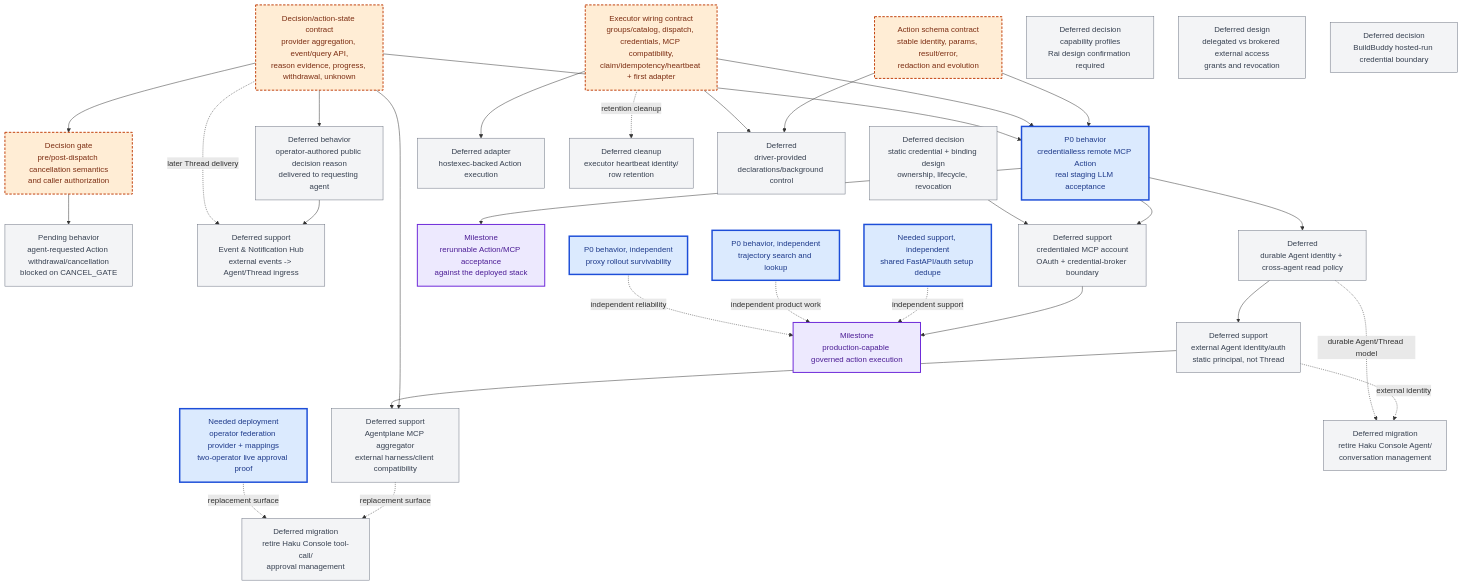
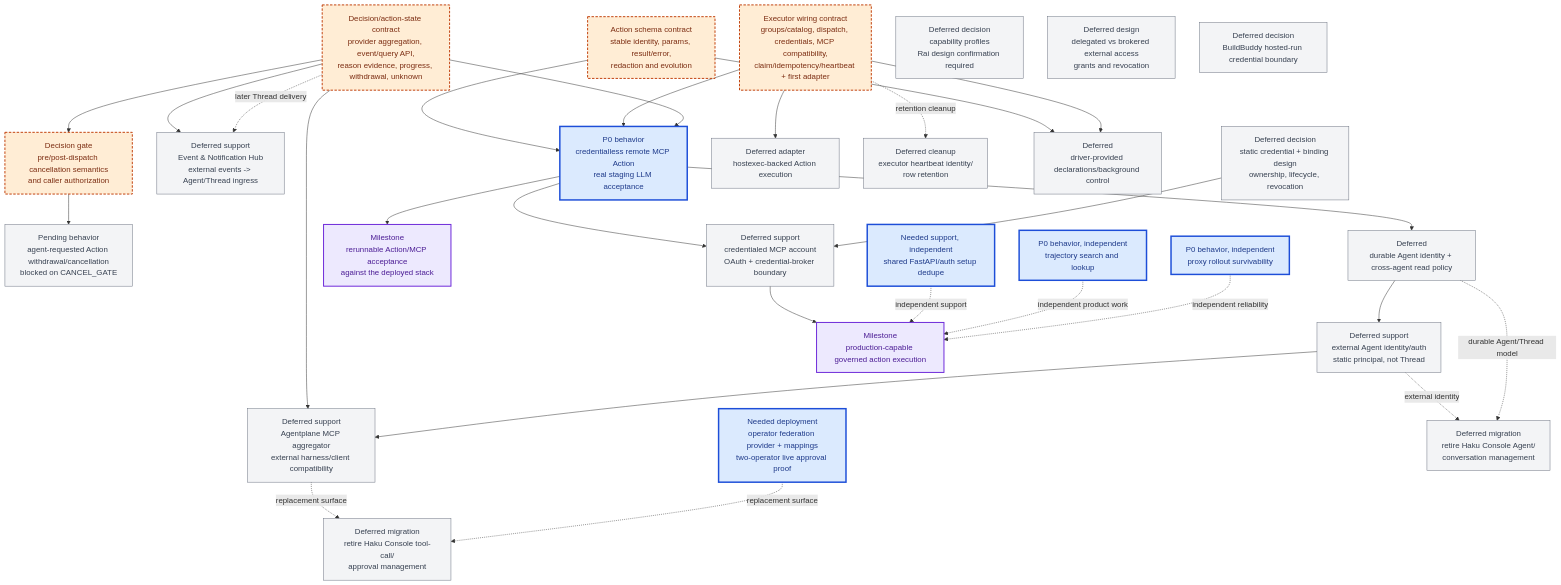
The diagram in x/agentplane/plans/task_dag.md (agentydragon-agent/ducktape), drawn with Mermaid before and after one commit. The commit also changed other lines of this file and 19 other files, not shown here.

Commit message:
agentplane: share human decision_note with caller and operator

````diff
--- a/x/agentplane/plans/task_dag.md
+++ b/x/agentplane/plans/task_dag.md
@@ -76,66 +76,64 @@
 ```mermaid
 flowchart TB
     classDef active fill:#dbeafe,stroke:#1d4ed8,color:#1e3a8a,stroke-width:3px
     classDef decision fill:#ffedd5,stroke:#c2410c,color:#7c2d12,stroke-width:2px,stroke-dasharray:5 3
     classDef future fill:#f3f4f6,stroke:#6b7280,color:#374151
     classDef milestone fill:#ede9fe,stroke:#6d28d9,color:#4c1d95,stroke-width:2px
 
     AS["Action schema contract<br/>stable identity, params, result/error,<br/>redaction and evolution"]:::decision
     EW["Executor wiring contract<br/>groups/catalog, dispatch, credentials, MCP compatibility,<br/>claim/idempotency/heartbeat + first adapter"]:::decision
     DEL["Decision/action-state contract<br/>provider aggregation, event/query API,<br/>reason evidence, progress, withdrawal, unknown"]:::decision
     CANCEL_GATE["Decision gate<br/>pre/post-dispatch cancellation semantics<br/>and caller authorization"]:::decision
     CANCEL["Pending behavior<br/>agent-requested Action withdrawal/cancellation<br/>blocked on CANCEL_GATE"]:::future
-    PUBLIC_REASON["Deferred behavior<br/>operator-authored public decision reason<br/>delivered to requesting agent"]:::future
     CANCEL_GATE --> CANCEL
     DEL --> CANCEL_GATE
-    DEL --> PUBLIC_REASON
-    PUBLIC_REASON --> ING
+    DEL --> ING
     MCP0["P0 behavior<br/>credentialless remote MCP Action<br/>real staging LLM acceptance"]:::active
     MCPAUTH["Deferred support<br/>credentialed MCP account<br/>OAuth + credential-broker boundary"]:::future
     CRED["Deferred decision<br/>static credential + binding design<br/>ownership, lifecycle, revocation"]:::future
     MCPACCEPT["Milestone<br/>rerunnable Action/MCP acceptance<br/>against the deployed stack"]:::milestone
     EID["Deferred support<br/>external Agent identity/auth<br/>static principal, not Thread"]:::future
     MCPAGG["Deferred support<br/>Agentplane MCP aggregator<br/>external harness/client compatibility"]:::future
     HOSTEXEC["Deferred adapter<br/>hostexec-backed Action execution"]:::future
     APPROVALUI["Needed deployment<br/>operator federation provider + mappings<br/>two-operator live approval proof"]:::active
     RETIRE_AGENT["Deferred migration<br/>retire Haku Console Agent/<br/>conversation management"]:::future
     RETIRE_TOOLS["Deferred migration<br/>retire Haku Console tool-call/<br/>approval management"]:::future
     DEDUPE["Needed support, independent<br/>shared FastAPI/auth setup dedupe"]:::active
     T3["P0 behavior, independent<br/>trajectory search and lookup"]:::active
     PR["P0 behavior, independent<br/>proxy rollout survivability"]:::active
     PROFILES["Deferred decision<br/>capability profiles<br/>Rai design confirmation required"]:::future
     ACCESS["Deferred design<br/>delegated vs brokered external access<br/>grants and revocation"]:::future
     LIVE_CLEAN["Deferred cleanup<br/>executor heartbeat identity/<br/>row retention"]:::future
 
     BB["Deferred decision<br/>BuildBuddy hosted-run credential boundary"]:::future
     ING["Deferred support<br/>Event & Notification Hub<br/>external events -> Agent/Thread ingress"]:::future
     DT["Deferred<br/>driver-provided declarations/background control"]:::future
     AG["Deferred<br/>durable Agent identity + cross-agent read policy"]:::future
     PROD["Milestone<br/>production-capable governed action execution"]:::milestone
 
     AS --> MCP0
     EW --> MCP0
     DEL --> MCP0
     MCP0 --> MCPACCEPT
     MCP0 --> MCPAUTH
     CRED --> MCPAUTH
     MCPAUTH --> PROD
     DEL -. later Thread delivery .-> ING
     DEL --> MCPAGG
     EID --> MCPAGG
     EW --> HOSTEXEC
     MCPAGG -. replacement surface .-> RETIRE_TOOLS
     APPROVALUI -. replacement surface .-> RETIRE_TOOLS
     EID -. external identity .-> RETIRE_AGENT
     AG -. durable Agent/Thread model .-> RETIRE_AGENT
 
     DEDUPE -. independent support .-> PROD
     T3 -. independent product work .-> PROD
     PR -. independent reliability .-> PROD
 
     AS --> DT
     EW --> DT
     MCP0 --> AG
     AG --> EID
     EW -. retention cleanup .-> LIVE_CLEAN
 ```
````
